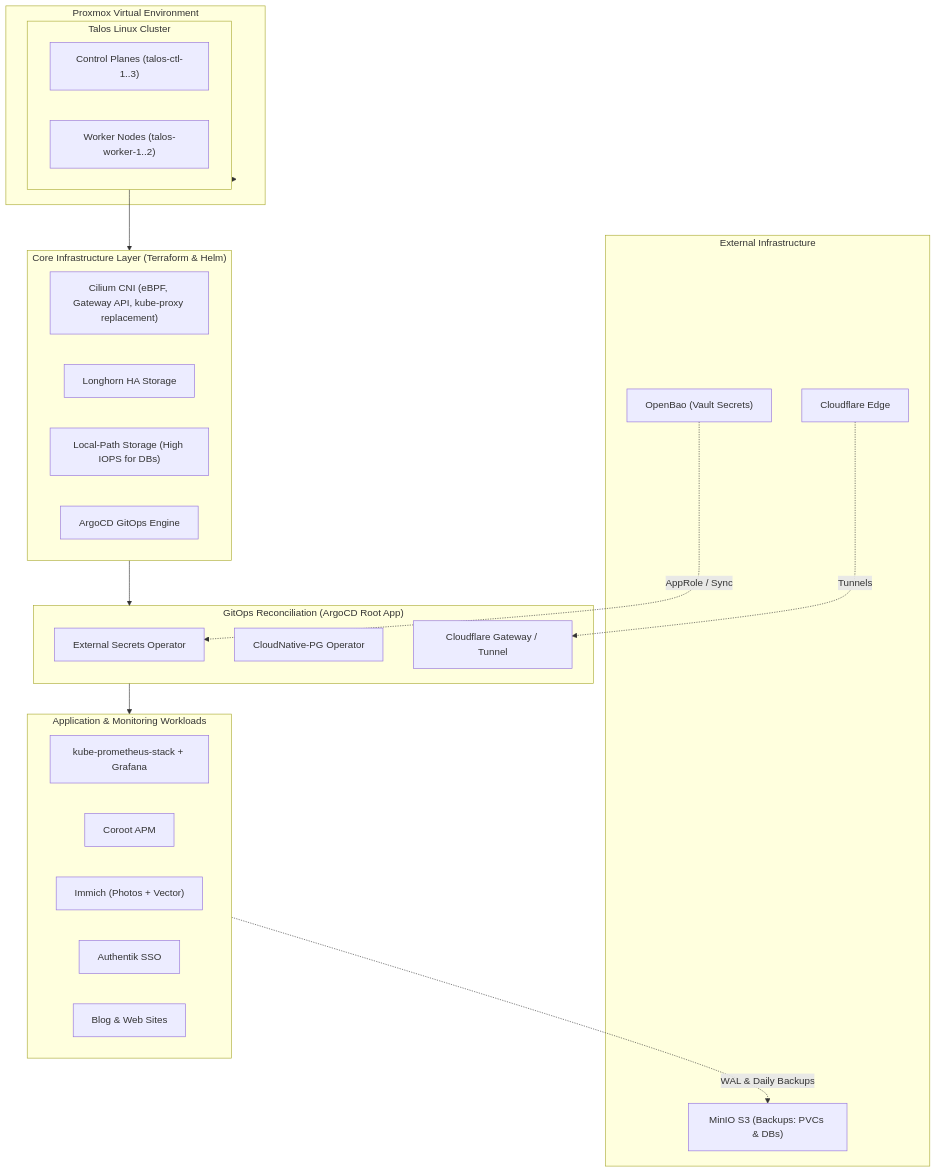
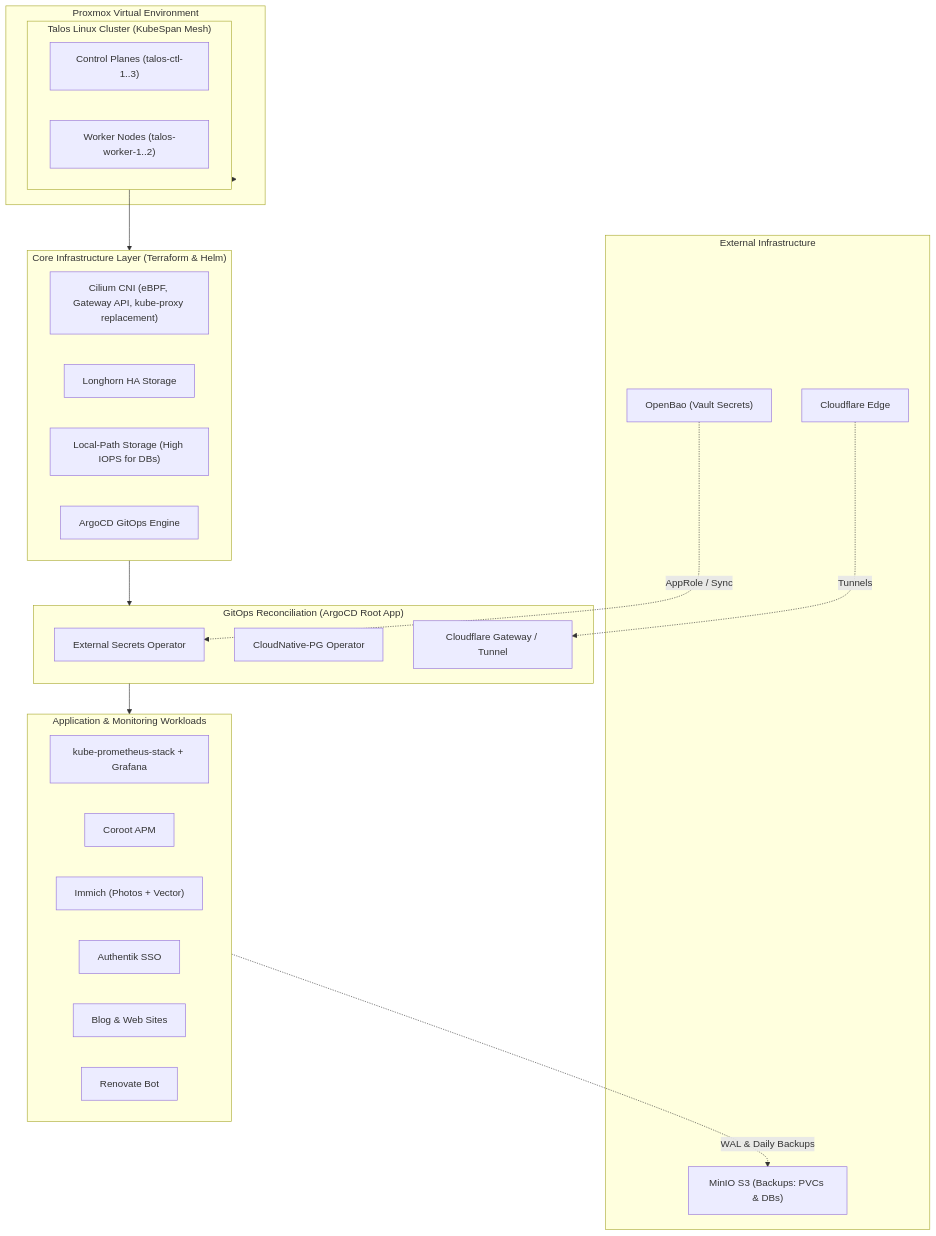
Before and after one commit to GarthvandenBerg/Talos-KubeSpan-Homelab: the first of 2 diagrams in README.md, drawn with Mermaid. The commit also changed other lines of this file and 10 other files, not shown here.

Commit message:
renovate bot, external secrets used for cfgate+renovate

````diff
--- a/README.md
+++ b/README.md
@@ -43,44 +38,45 @@
 ```mermaid
 flowchart TD
     subgraph Proxmox["Proxmox Virtual Environment"]
-        subgraph TalosCluster["Talos Linux Cluster"]
+        subgraph TalosCluster["Talos Linux Cluster (KubeSpan Mesh)"]
             CP["Control Planes (talos-ctl-1..3)"]
             WK["Worker Nodes (talos-worker-1..2)"]
         end
     end
 
     subgraph CoreInfra["Core Infrastructure Layer (Terraform & Helm)"]
         Cilium["Cilium CNI (eBPF, Gateway API, kube-proxy replacement)"]
         Longhorn["Longhorn HA Storage"]
         LocalPath["Local-Path Storage (High IOPS for DBs)"]
         ArgoCD["ArgoCD GitOps Engine"]
     end
 
     subgraph GitOpsLayer["GitOps Reconciliation (ArgoCD Root App)"]
         ESO["External Secrets Operator"]
         CNPG["CloudNative-PG Operator"]
         CFGate["Cloudflare Gateway / Tunnel"]
     end
 
     subgraph Workloads["Application & Monitoring Workloads"]
         PromGrafana["kube-prometheus-stack + Grafana"]
         Coroot["Coroot APM"]
         Immich["Immich (Photos + Vector)"]
         Authentik["Authentik SSO"]
         Websites["Blog & Web Sites"]
+        Renovate["Renovate Bot"]
     end
 
     subgraph ExternalServices["External Infrastructure"]
         OpenBao["OpenBao (Vault Secrets)"]
         MinIO["MinIO S3 (Backups: PVCs & DBs)"]
         Cloudflare["Cloudflare Edge"]
     end
 
     Proxmox --> TalosCluster
     TalosCluster --> CoreInfra
     CoreInfra --> GitOpsLayer
     GitOpsLayer --> Workloads
     OpenBao -.->|AppRole / Sync| ESO
     Workloads -.->|WAL & Daily Backups| MinIO
     Cloudflare -.->|Tunnels| CFGate
 ```
````
